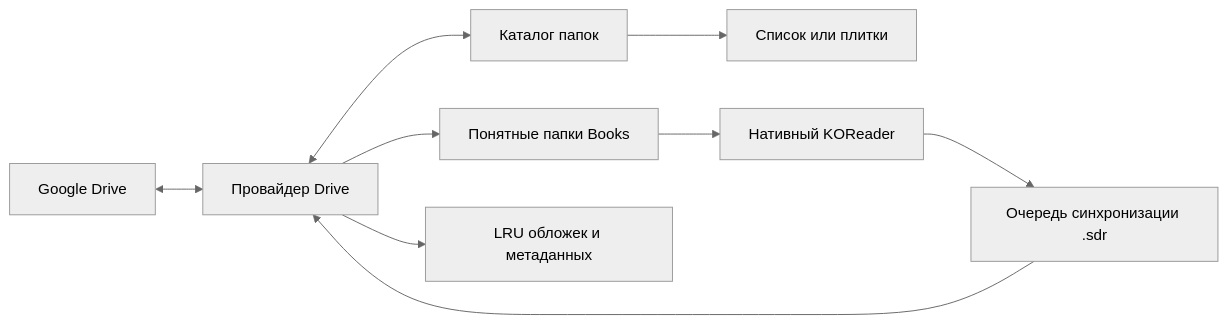
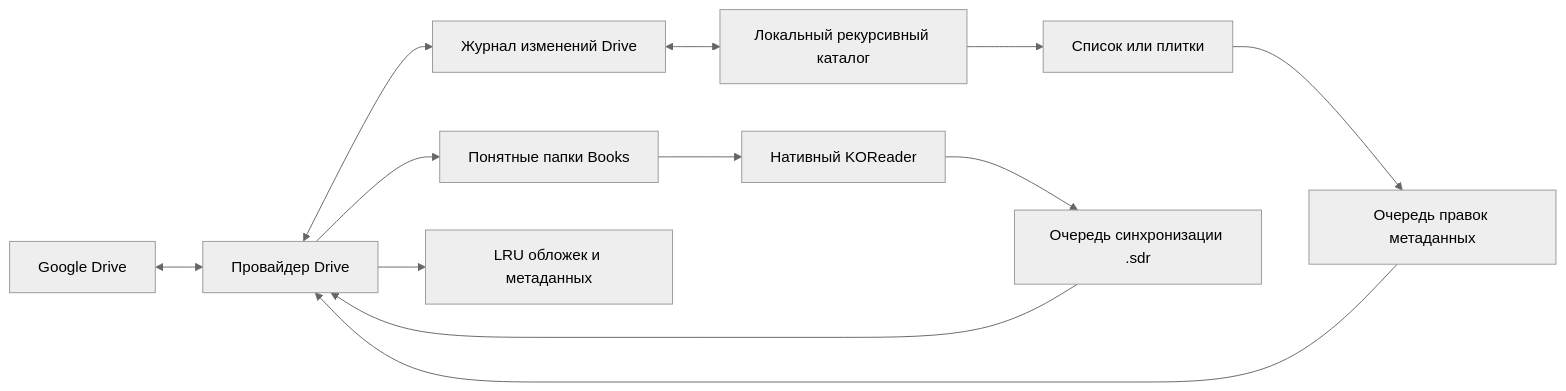
The diagram in README.ru.md (mewforest/gdriveshelf.koplugin), drawn with Mermaid (neutral theme) before and after one commit. The commit also changed other lines of this file and 56 other files, not shown here.

````diff
--- a/README.ru.md
+++ b/README.ru.md
@@ -68,11 +82,14 @@
 ```mermaid
 flowchart LR
     Drive[Google Drive] <--> Provider[Провайдер Drive]
-    Provider <--> Catalog[Каталог папок]
+    Provider <--> Changes[Журнал изменений Drive]
+    Changes <--> Catalog[Локальный рекурсивный каталог]
     Provider --> Books[Понятные папки Books]
     Provider --> Metadata[LRU обложек и метаданных]
     Catalog --> UI[Список или плитки]
+    UI --> Edits[Очередь правок метаданных]
+    Edits --> Provider
     Books --> Reader[Нативный KOReader]
     Reader --> Queue[Очередь синхронизации .sdr]
     Queue --> Provider
 ```
````
